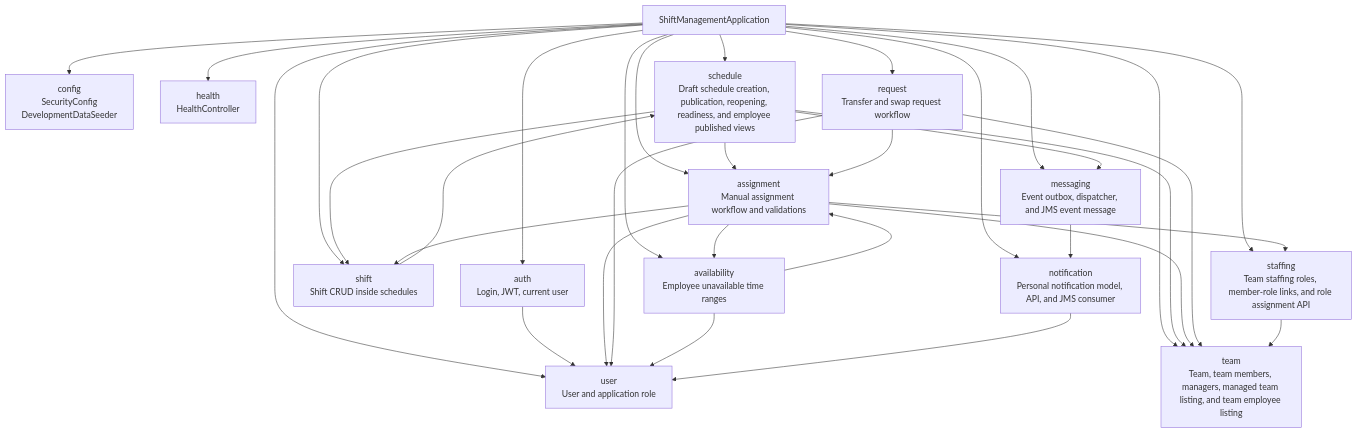
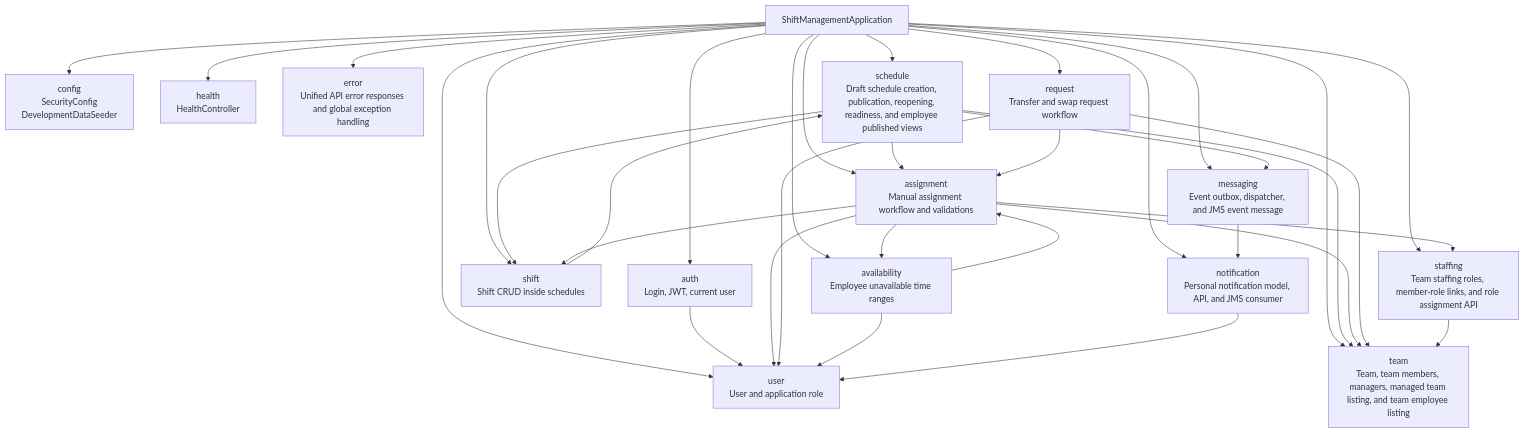
One commit to HiliMor/shift-management-system changed the second of 19 diagrams in docs/current-backend-architecture.md. Above: the diagram before and after it, drawn with Mermaid. The commit also changed other lines of this file and 9 other files, not shown here.

Commit message:
Backend: Add unified API error responses

````diff
--- a/docs/current-backend-architecture.md
+++ b/docs/current-backend-architecture.md
@@ -70,52 +73,54 @@
 ```mermaid
 flowchart TD
     app["ShiftManagementApplication"]
 
     config["config<br/>SecurityConfig<br/>DevelopmentDataSeeder"]
     health["health<br/>HealthController"]
     auth["auth<br/>Login, JWT, current user"]
+    error["error<br/>Unified API error responses and global exception handling"]
     user["user<br/>User and application role"]
     team["team<br/>Team, team members, managers, managed team listing, and team employee listing"]
     schedule["schedule<br/>Draft schedule creation, publication, reopening, readiness, and employee published views"]
     shift["shift<br/>Shift CRUD inside schedules"]
     assignment["assignment<br/>Manual assignment workflow and validations"]
     request["request<br/>Transfer and swap request workflow"]
     availability["availability<br/>Employee unavailable time ranges"]
     staffing["staffing<br/>Team staffing roles, member-role links, and role assignment API"]
     messaging["messaging<br/>Event outbox, dispatcher, and JMS event message"]
     notification["notification<br/>Personal notification model, API, and JMS consumer"]
 
     app --> config
     app --> health
     app --> auth
+    app --> error
     app --> user
     app --> team
     app --> schedule
     app --> shift
     app --> assignment
     app --> request
     app --> availability
     app --> staffing
     app --> messaging
     app --> notification
 
     auth --> user
     schedule --> team
     schedule --> shift
     schedule --> assignment
     schedule --> messaging
     messaging --> notification
     shift --> schedule
     assignment --> shift
     assignment --> team
     assignment --> user
     assignment --> availability
     assignment --> staffing
     request --> assignment
     request --> team
     request --> user
     availability --> user
     availability --> assignment
     staffing --> team
     notification --> user
 ```
````
